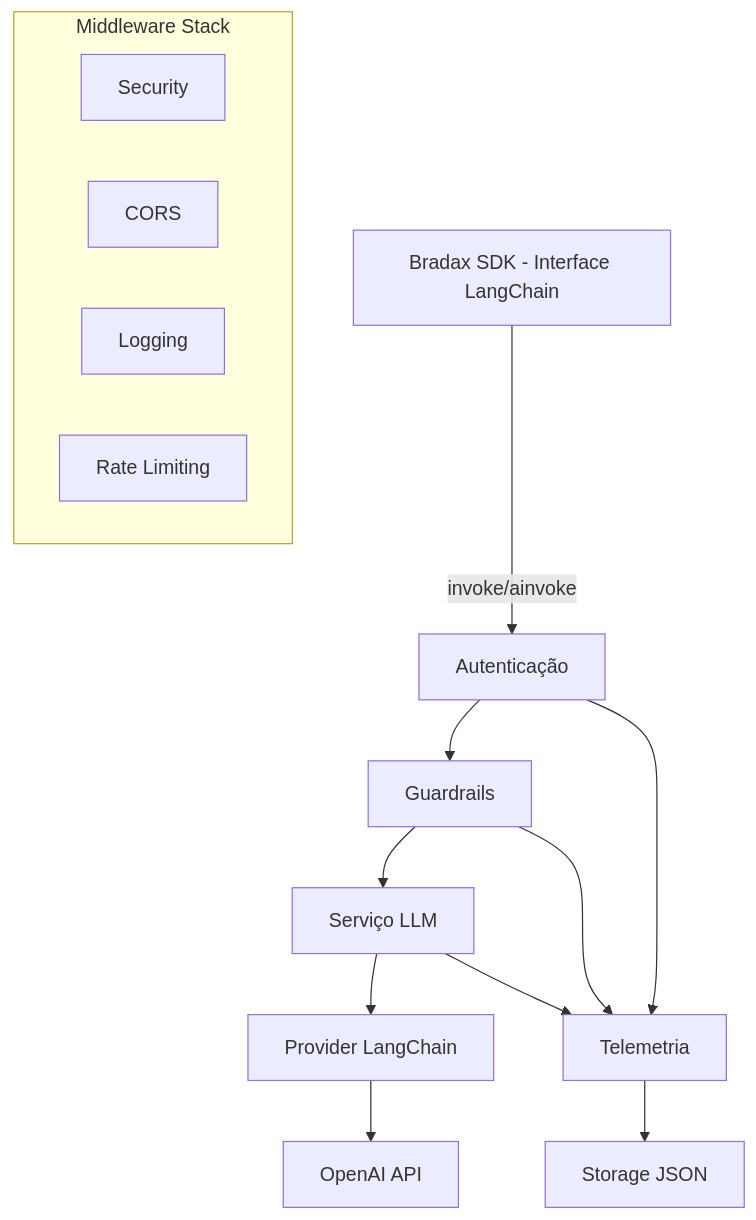
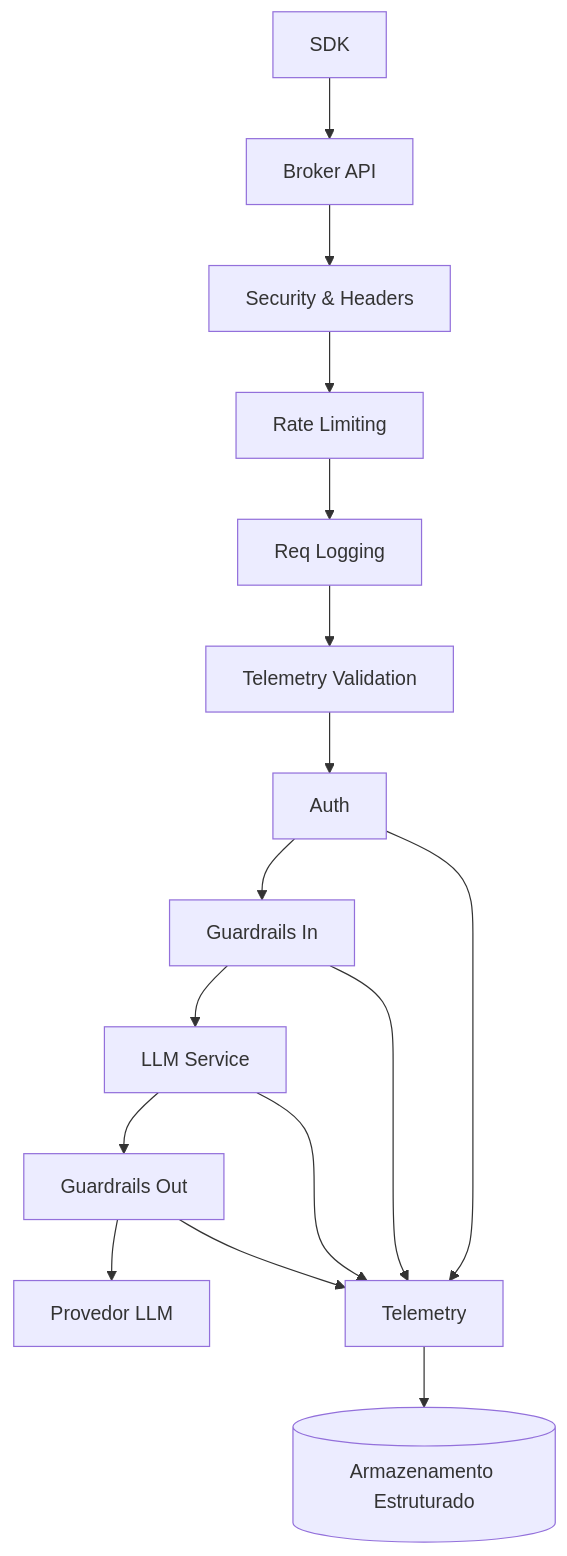
Before and after one commit to jowpereira/bradax: the first of 14 diagrams in bradax-broker/README.md, drawn with Mermaid. The commit also changed other lines of this file and 22 other files, not shown here.

````diff
--- a/bradax-broker/README.md
+++ b/bradax-broker/README.md
@@ -9,20 +30,18 @@
 ```mermaid
 graph TB
-    SDK[Bradax SDK - Interface LangChain] -->|invoke/ainvoke| AUTH[Autenticação]
-    AUTH --> GUARD[Guardrails]
-    GUARD --> LLM[Serviço LLM]
-    LLM --> PROVIDER[Provider LangChain]
-    PROVIDER --> OPENAI[OpenAI API]
-    
-    AUTH --> TELEM[Telemetria]
-    GUARD --> TELEM
-    LLM --> TELEM
-    TELEM --> STORAGE[Storage JSON]
-    
-    subgraph "Middleware Stack"
-        SECURITY[Security]
-        CORS[CORS]
-        LOGGING[Logging]
-        RATE[Rate Limiting]
-    end
+        SDK --> API[Broker API]
+        API --> SEC[Security & Headers]
+        SEC --> RATE[Rate Limiting]
+        RATE --> LOG[Req Logging]
+        LOG --> TV[Telemetry Validation]
+        TV --> AUTH[Auth]
+        AUTH --> GIN[Guardrails In]
+        GIN --> LLM[LLM Service]
+        LLM --> GOUT[Guardrails Out]
+        GOUT --> PROV[Provedor LLM]
+        LLM --> TEL[Telemetry]
+        GIN --> TEL
+        GOUT --> TEL
+        AUTH --> TEL
+        TEL --> STORE[(Armazenamento Estruturado)]
 ```
````
